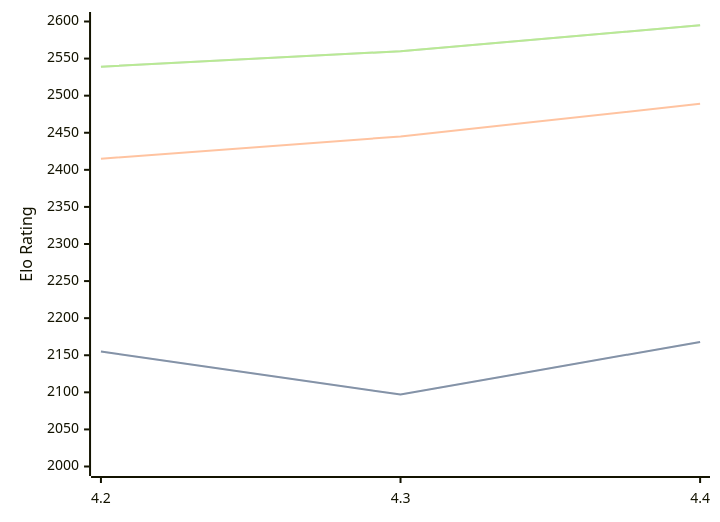
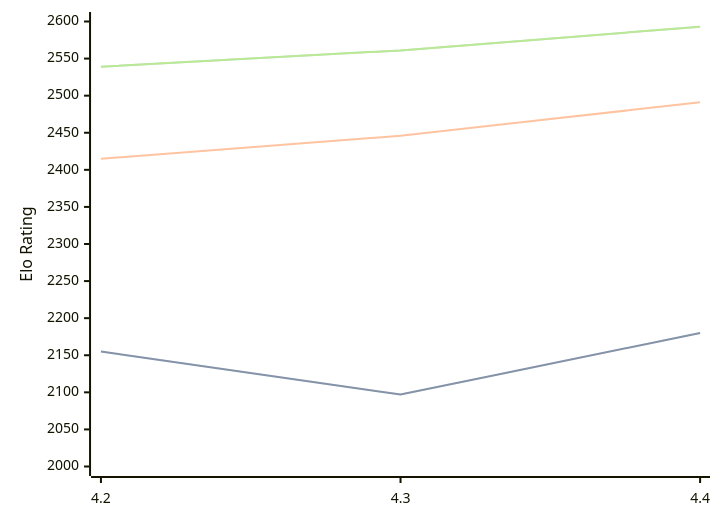
The diagram in engines/Eubos.md (computer-chess-index/cci), drawn with Mermaid before and after one commit. The commit also changed other lines of this file, not shown here.

Commit message:
Update CCI Ratings (ELO VLTC) - 2026-05-21

````diff
--- a/engines/Eubos.md
+++ b/engines/Eubos.md
@@ -89,11 +89,11 @@
 ```mermaid
 %%{init: {"theme":"base","themeVariables":{"seriesColors:['#a3a3a3','#222221','#faa371']}}}%%
 xychart-beta
   x-axis ["4.2", "4.3", "4.4"]
   y-axis "Elo Rating" 2000 --> 2600
-  line "STC (8.0+0.08s)" [2155, 2097, 2168]
-  line "STC (8.0+0.08s)" [2155, 2097, 2168]
-  line "LTC (60.0+0.60s)" [2415, 2445, 2489]
-  line "VLTC (2m24s+1.12s)" [2539, 2560, 2595]
-  line "VLTC (2m24s+1.12s)" [2539, 2560, 2595]
+  line "STC (8.0+0.08s)" [2155, 2097, 2180]
+  line "STC (8.0+0.08s)" [2155, 2097, 2180]
+  line "LTC (60.0+0.60s)" [2415, 2446, 2491]
+  line "VLTC (2m24s+1.12s)" [2539, 2561, 2593]
+  line "VLTC (2m24s+1.12s)" [2539, 2561, 2593]
 ```
````
